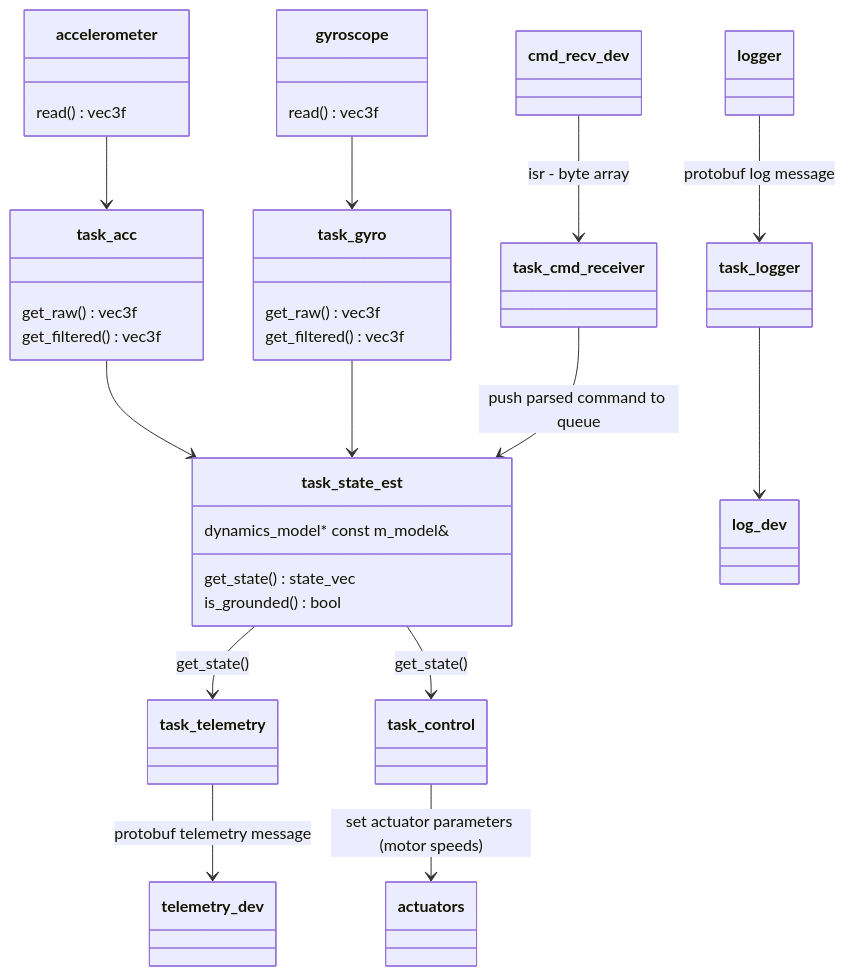
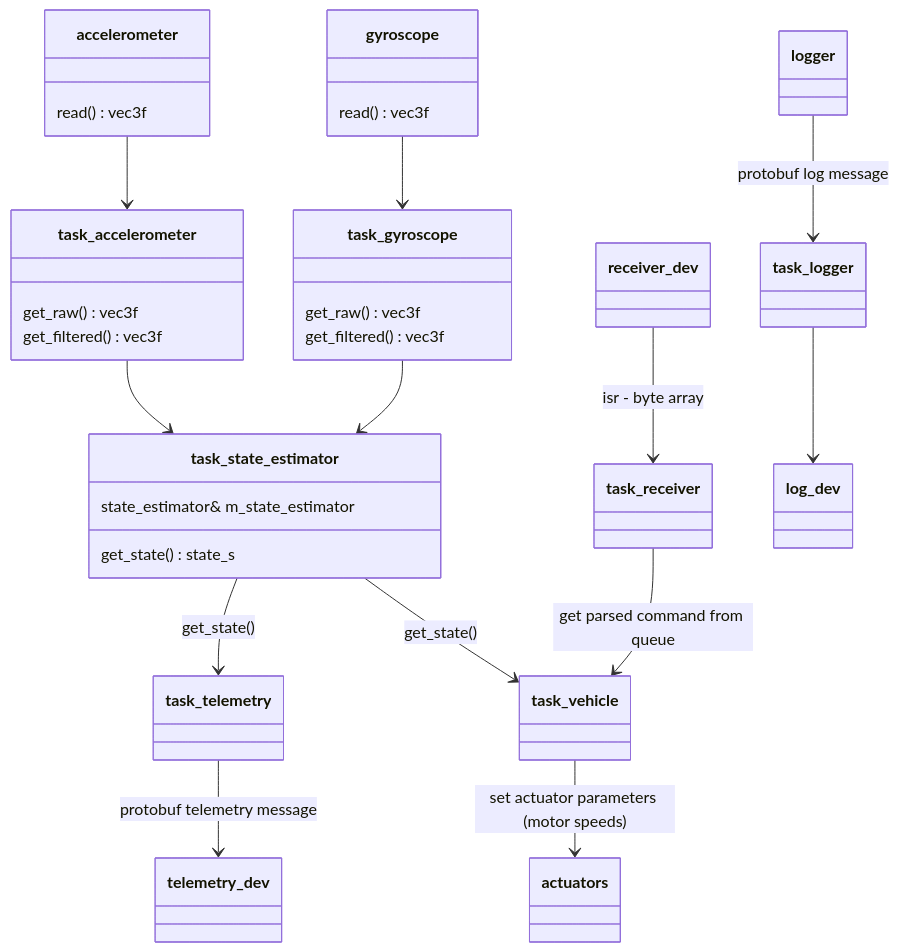
One commit to terzaterza/minipilot changed the second of 3 diagrams in docs/Overview.md. Above: the diagram before and after it, drawn with Mermaid. The commit also changed other lines of this file and 1 other file, not shown here.

````diff
--- a/docs/Overview.md
+++ b/docs/Overview.md
@@ -55,53 +62,52 @@
 ```mermaid
 classDiagram
 
 class accelerometer {
     read() vec3f
 }
 
 class gyroscope {
     read() vec3f
 }
 
-class task_acc {
+class task_accelerometer {
     get_raw() vec3f
     get_filtered() vec3f
 }
 
-class task_gyro {
+class task_gyroscope {
     get_raw() vec3f
     get_filtered() vec3f
 }
 
-class task_state_est {
-    dynamics_model* const m_model&
-    get_state() state_vec
-    is_grounded() bool
+class task_state_estimator {
+    state_estimator& m_state_estimator
+    get_state() state_s
 }
 
 class task_telemetry {
     
 }
 
-class task_cmd_receiver {
+class task_receiver {
     
 }
 
-accelerometer --> task_acc
-gyroscope --> task_gyro
+accelerometer --> task_accelerometer
+gyroscope --> task_gyroscope
 
-task_acc --> task_state_est
-task_gyro --> task_state_est
+task_accelerometer --> task_state_estimator
+task_gyroscope --> task_state_estimator
 
-task_state_est --> task_telemetry : get_state()
+task_state_estimator --> task_telemetry : get_state()
 task_telemetry --> telemetry_dev : protobuf telemetry message
 
-cmd_recv_dev --> task_cmd_receiver : isr - byte array
-task_cmd_receiver --> task_state_est : push parsed command to queue
+receiver_dev --> task_receiver : isr - byte array
+task_receiver --> task_vehicle : get parsed command from queue
 
-task_state_est --> task_control : get_state()
-task_control --> actuators : set actuator parameters (motor speeds)
+task_state_estimator --> task_vehicle : get_state()
+task_vehicle --> actuators : set actuator parameters (motor speeds)
 
 logger --> task_logger : protobuf log message
 task_logger --> log_dev
 ```
````
